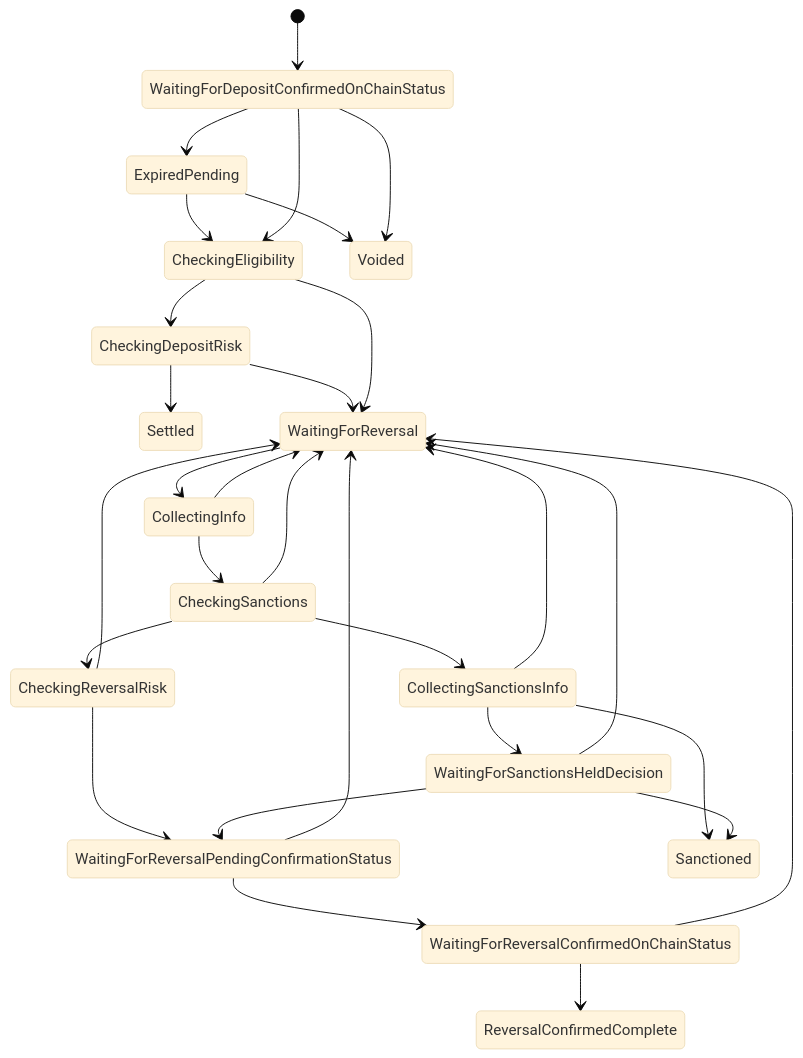
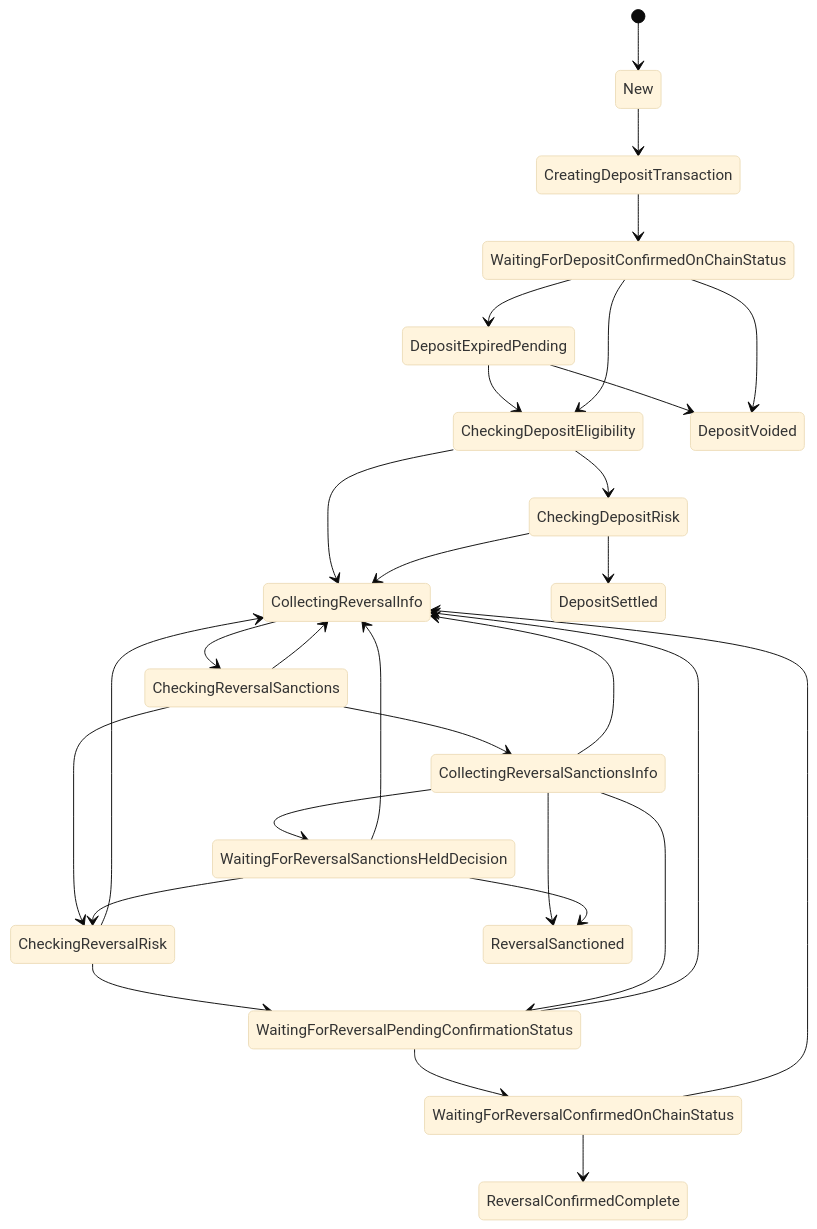
One commit to block/bitty-city changed the diagram in innie/docs/state-machine.md. Above: the diagram before and after it, drawn with Mermaid (base theme). The commit also changed 73 other files, not shown here.

````diff
--- a/innie/docs/state-machine.md
+++ b/innie/docs/state-machine.md
@@ -1,31 +1,32 @@
 ```mermaid
 stateDiagram-v2
-    [*] --> WaitingForDepositConfirmedOnChainStatus
-    CheckingDepositRisk --> Settled
-    CheckingDepositRisk --> WaitingForReversal
-    CheckingEligibility --> CheckingDepositRisk
-    CheckingEligibility --> WaitingForReversal
-    CheckingReversalRisk --> WaitingForReversal
-    CheckingReversalRisk --> WaitingForReversalPendingConfirmationStatus
-    CheckingSanctions --> CheckingReversalRisk
-    CheckingSanctions --> CollectingSanctionsInfo
-    CheckingSanctions --> WaitingForReversal
-    CollectingInfo --> CheckingSanctions
-    CollectingInfo --> WaitingForReversal
-    CollectingSanctionsInfo --> Sanctioned
-    CollectingSanctionsInfo --> WaitingForReversal
-    CollectingSanctionsInfo --> WaitingForSanctionsHeldDecision
-    ExpiredPending --> CheckingEligibility
-    ExpiredPending --> Voided
-    WaitingForDepositConfirmedOnChainStatus --> CheckingEligibility
-    WaitingForDepositConfirmedOnChainStatus --> ExpiredPending
-    WaitingForDepositConfirmedOnChainStatus --> Voided
-    WaitingForReversal --> CollectingInfo
-    WaitingForReversalConfirmedOnChainStatus --> ReversalConfirmedComplete
-    WaitingForReversalConfirmedOnChainStatus --> WaitingForReversal
-    WaitingForReversalPendingConfirmationStatus --> WaitingForReversal
-    WaitingForReversalPendingConfirmationStatus --> WaitingForReversalConfirmedOnChainStatus
-    WaitingForSanctionsHeldDecision --> Sanctioned
-    WaitingForSanctionsHeldDecision --> WaitingForReversal
-    WaitingForSanctionsHeldDecision --> WaitingForReversalPendingConfirmationStatus
+[*] --> New
+CheckingDepositEligibility --> CheckingDepositRisk
+CheckingDepositEligibility --> CollectingReversalInfo
+CheckingDepositRisk --> CollectingReversalInfo
+CheckingDepositRisk --> DepositSettled
+CheckingReversalRisk --> CollectingReversalInfo
+CheckingReversalRisk --> WaitingForReversalPendingConfirmationStatus
+CheckingReversalSanctions --> CheckingReversalRisk
+CheckingReversalSanctions --> CollectingReversalInfo
+CheckingReversalSanctions --> CollectingReversalSanctionsInfo
+CollectingReversalInfo --> CheckingReversalSanctions
+CollectingReversalSanctionsInfo --> CollectingReversalInfo
+CollectingReversalSanctionsInfo --> ReversalSanctioned
+CollectingReversalSanctionsInfo --> WaitingForReversalPendingConfirmationStatus
+CollectingReversalSanctionsInfo --> WaitingForReversalSanctionsHeldDecision
+CreatingDepositTransaction --> WaitingForDepositConfirmedOnChainStatus
+DepositExpiredPending --> CheckingDepositEligibility
+DepositExpiredPending --> DepositVoided
+New --> CreatingDepositTransaction
+WaitingForDepositConfirmedOnChainStatus --> CheckingDepositEligibility
+WaitingForDepositConfirmedOnChainStatus --> DepositExpiredPending
+WaitingForDepositConfirmedOnChainStatus --> DepositVoided
+WaitingForReversalConfirmedOnChainStatus --> CollectingReversalInfo
+WaitingForReversalConfirmedOnChainStatus --> ReversalConfirmedComplete
+WaitingForReversalPendingConfirmationStatus --> CollectingReversalInfo
+WaitingForReversalPendingConfirmationStatus --> WaitingForReversalConfirmedOnChainStatus
+WaitingForReversalSanctionsHeldDecision --> CheckingReversalRisk
+WaitingForReversalSanctionsHeldDecision --> CollectingReversalInfo
+WaitingForReversalSanctionsHeldDecision --> ReversalSanctioned
 ```
````
